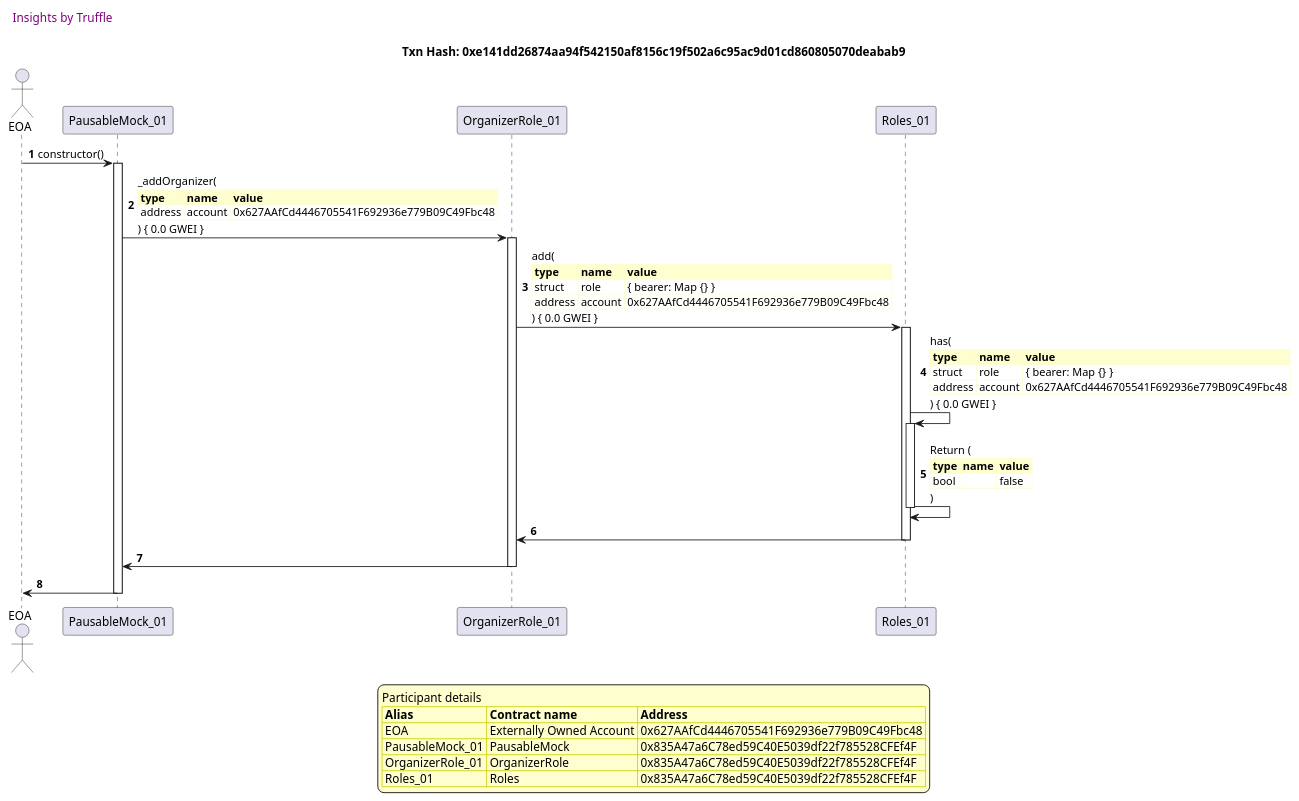
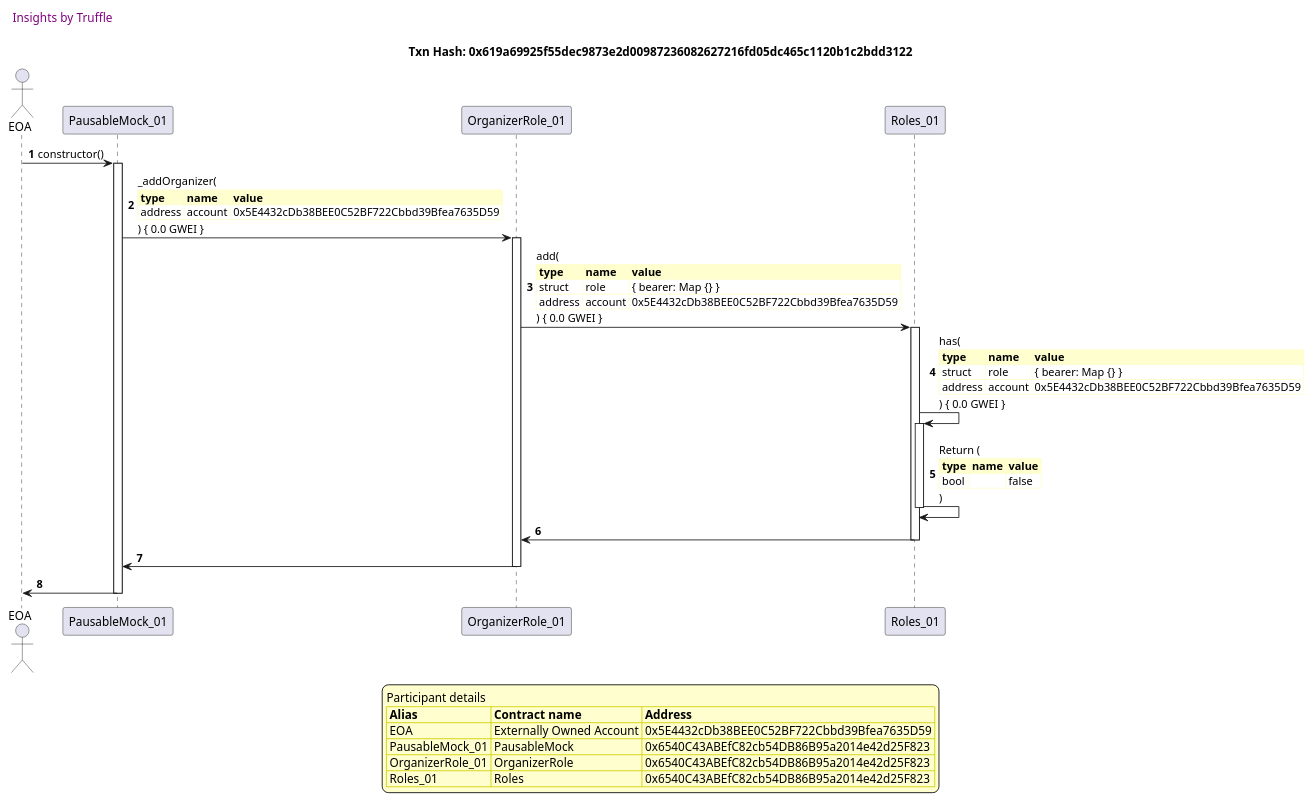
The eighth of 12 diagrams in truffle-seq/lifecycle_pausable.md (fodisi/hackapay), drawn with PlantUML before and after one commit. The commit also changed other lines of this file and 10 other files, not shown here.

````diff
--- a/truffle-seq/lifecycle_pausable.md
+++ b/truffle-seq/lifecycle_pausable.md
@@ -458,61 +457,61 @@
 ```plantuml
 
 
 @startuml
 
 autonumber
 skinparam legendBackgroundColor #FEFECE
 
 <style>
       header {
         HorizontalAlignment left
         FontColor purple
         FontSize 14
         Padding 10
       }
     </style>
 
 header Insights by Truffle
 
-title Txn Hash: 0xe141dd26874aa94f542150af8156c19f502a6c95ac9d01cd860805070deabab9
+title Txn Hash: 0x619a69925f55dec9873e2d00987236082627216fd05dc465c1120b1c2bdd3122
 
 
 actor EOA as "EOA"
 participant PausableMock_01 as "PausableMock_01"
 participant OrganizerRole_01 as "OrganizerRole_01"
 participant Roles_01 as "Roles_01"
 
 "EOA" -> "PausableMock_01" ++: constructor()
 "PausableMock_01" -> "OrganizerRole_01" ++: _addOrganizer(\n\
 <#FEFECE,#FEFECE>|= type |= name |= value |\n\
-| address | account | 0x627AAfCd4446705541F692936e779B09C49Fbc48 |\n\
+| address | account | 0x5E4432cDb38BEE0C52BF722Cbbd39Bfea7635D59 |\n\
 ) { 0.0 GWEI }
 "OrganizerRole_01" -> "Roles_01" ++: add(\n\
 <#FEFECE,#FEFECE>|= type |= name |= value |\n\
 | struct | role | { bearer: Map {} } |\n\
-| address | account | 0x627AAfCd4446705541F692936e779B09C49Fbc48 |\n\
+| address | account | 0x5E4432cDb38BEE0C52BF722Cbbd39Bfea7635D59 |\n\
 ) { 0.0 GWEI }
 "Roles_01" -> "Roles_01" ++: has(\n\
 <#FEFECE,#FEFECE>|= type |= name |= value |\n\
 | struct | role | { bearer: Map {} } |\n\
-| address | account | 0x627AAfCd4446705541F692936e779B09C49Fbc48 |\n\
+| address | account | 0x5E4432cDb38BEE0C52BF722Cbbd39Bfea7635D59 |\n\
 ) { 0.0 GWEI }
 "Roles_01" -> "Roles_01" --: Return (\n\
 <#FEFECE,#FEFECE>|= type |= name |= value |\n\
 | bool |  | false |\n\
 )
 "Roles_01" -> "OrganizerRole_01" --: 
 "OrganizerRole_01" -> "PausableMock_01" --: 
 "PausableMock_01" -> "EOA" --: 
 
 legend
 Participant details
 <#FEFECE,#D0D000>|= Alias |= Contract name |= Address |
-<#FEFECE>| EOA | Externally Owned Account | 0x627AAfCd4446705541F692936e779B09C49Fbc48 |
-<#FEFECE>| PausableMock_01 | PausableMock | 0x835A47a6C78ed59C40E5039df22f785528CFEf4F |
-<#FEFECE>| OrganizerRole_01 | OrganizerRole | 0x835A47a6C78ed59C40E5039df22f785528CFEf4F |
-<#FEFECE>| Roles_01 | Roles | 0x835A47a6C78ed59C40E5039df22f785528CFEf4F |
+<#FEFECE>| EOA | Externally Owned Account | 0x5E4432cDb38BEE0C52BF722Cbbd39Bfea7635D59 |
+<#FEFECE>| PausableMock_01 | PausableMock | 0x6540C43ABEfC82cb54DB86B95a2014e42d25F823 |
+<#FEFECE>| OrganizerRole_01 | OrganizerRole | 0x6540C43ABEfC82cb54DB86B95a2014e42d25F823 |
+<#FEFECE>| Roles_01 | Roles | 0x6540C43ABEfC82cb54DB86B95a2014e42d25F823 |
 endlegend
 
 @enduml
 ```
````
